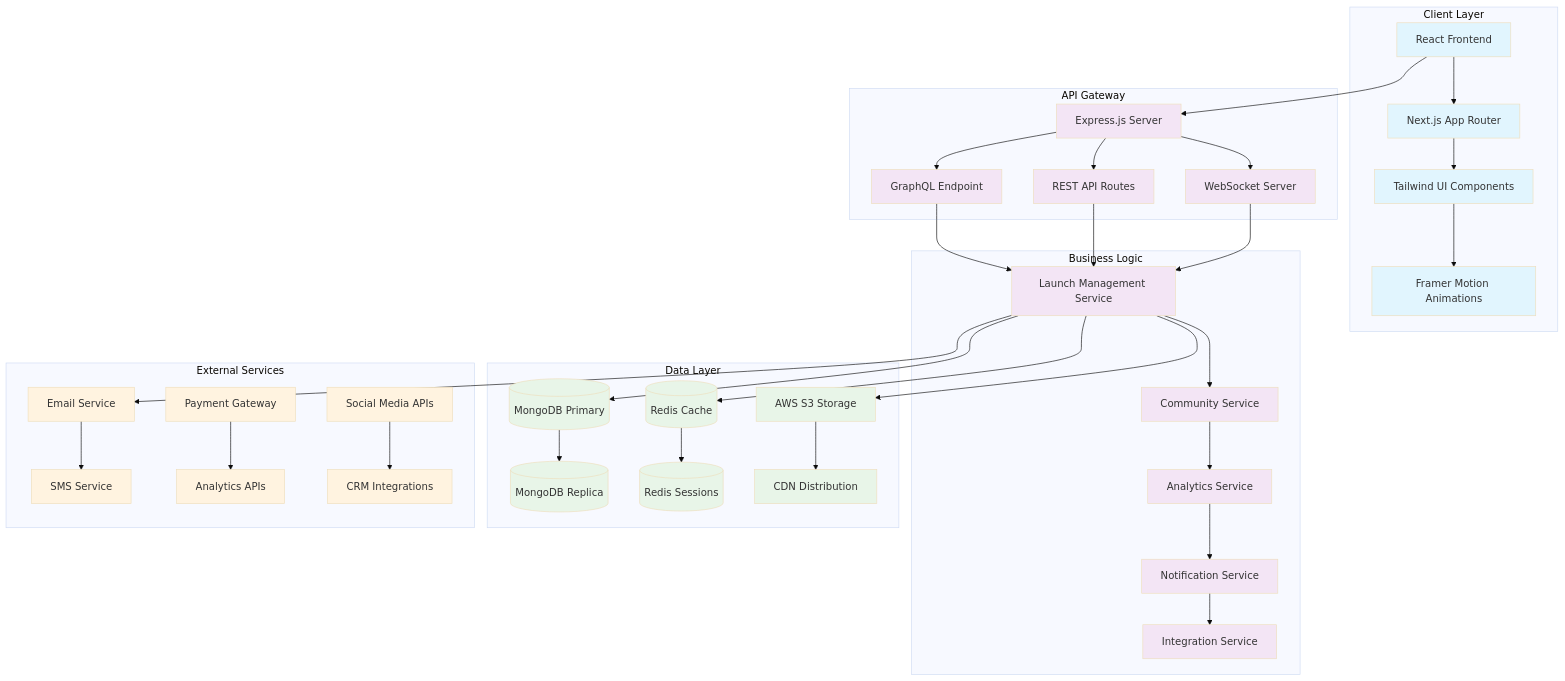
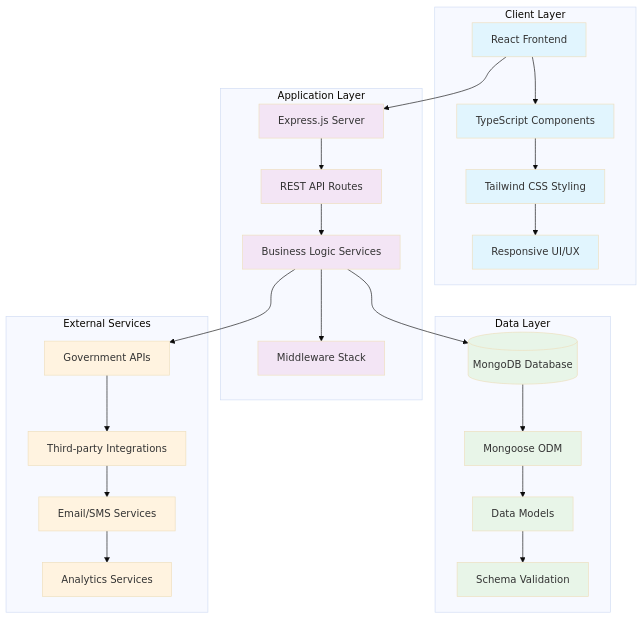
Before and after one commit to abhinav-phi/LaunchMate: the first of 2 diagrams in README.md, drawn with Mermaid (base theme). The commit also changed other lines of this file, not shown here.

````diff
--- a/README.md
+++ b/README.md
@@ -148,52 +89,40 @@
 ```mermaid
 graph TB
     subgraph "Client Layer"
-        A[React Frontend] --> B[Next.js App Router]
-        B --> C[Tailwind UI Components]
-        C --> D[Framer Motion Animations]
+        A[React Frontend] --> B[TypeScript Components]
+        B --> C[Tailwind CSS Styling]
+        C --> D[Responsive UI/UX]
     end
     
-    subgraph "API Gateway"
-        E[Express.js Server] --> F[GraphQL Endpoint]
-        E --> G[REST API Routes]
-        E --> H[WebSocket Server]
-    end
-    
-    subgraph "Business Logic"
-        I[Launch Management Service] --> J[Community Service]
-        J --> K[Analytics Service]
-        K --> L[Notification Service]
-        L --> M[Integration Service]
+    subgraph "Application Layer"
+        E[Express.js Server] --> F[REST API Routes]
+        F --> G[Business Logic Services]
+        G --> H[Middleware Stack]
     end
     
     subgraph "Data Layer"
-        N[(MongoDB Primary)] --> O[(MongoDB Replica)]
-        P[(Redis Cache)] --> Q[(Redis Sessions)]
-        R[AWS S3 Storage] --> S[CDN Distribution]
+        I[(MongoDB Database)] --> J[Mongoose ODM]
+        J --> K[Data Models]
+        K --> L[Schema Validation]
     end
     
     subgraph "External Services"
-        T[Email Service] --> U[SMS Service]
-        V[Payment Gateway] --> W[Analytics APIs]
-        X[Social Media APIs] --> Y[CRM Integrations]
+        M[Government APIs] --> N[Third-party Integrations]
+        N --> O[Email/SMS Services]
+        O --> P[Analytics Services]
     end
     
     A --> E
-    F --> I
     G --> I
-    H --> I
-    I --> N
-    I --> P
-    I --> R
-    I --> T
+    G --> M
     
     classDef frontend fill:#e1f5fe
     classDef backend fill:#f3e5f5
     classDef database fill:#e8f5e8
     classDef external fill:#fff3e0
     
     class A,B,C,D frontend
-    class E,F,G,H,I,J,K,L,M backend
-    class N,O,P,Q,R,S database
-    class T,U,V,W,X,Y external
+    class E,F,G,H backend
+    class I,J,K,L database
+    class M,N,O,P external
 ```
````
